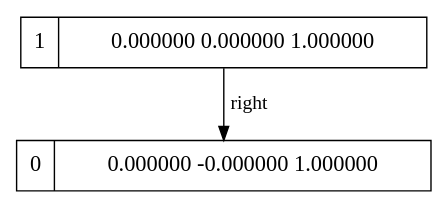
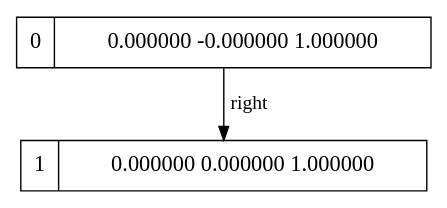
The diagram in Render2/groundoutGraph.dot (AryaGosuDev/RayTracer), drawn with Graphviz before and after one commit. The commit also changed 26 other files, not shown here.

```diff
--- a/Render2/groundoutGraph.dot
+++ b/Render2/groundoutGraph.dot
@@ -1,1 +1,1 @@
-digraph g { graph []; node [ fontsize="16" shape = "ellipse"]; edge [];"node1" [ label = "1 | 0.000000 0.000000 1.000000 " shape = "record" ];"node0" [ label = "0 | 0.000000 -0.000000 1.000000 " shape = "record" ];"node1"-> "node0" [ label = "right"];}
+digraph g { graph []; node [ fontsize="16" shape = "ellipse"]; edge [];"node0" [ label = "0 | 0.000000 -0.000000 1.000000 " shape = "record" ];"node1" [ label = "1 | 0.000000 0.000000 1.000000 " shape = "record" ];"node0"-> "node1" [ label = "right"];}
```
